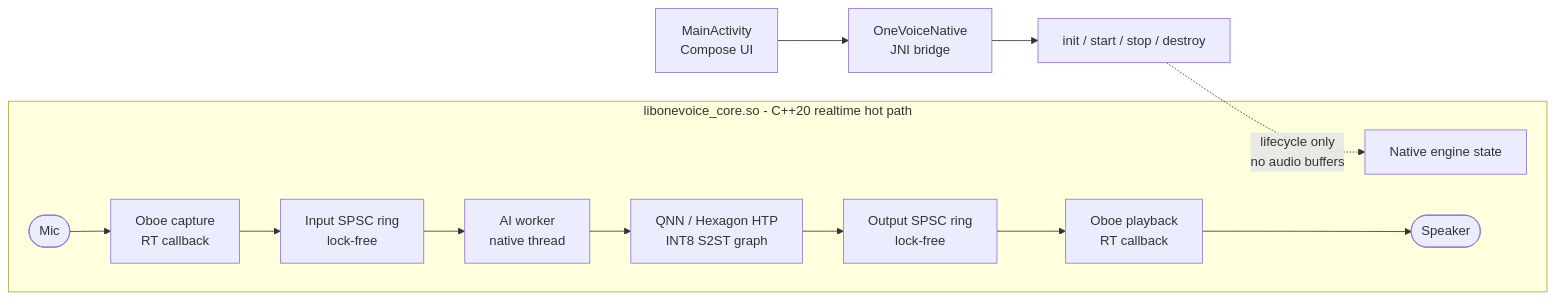
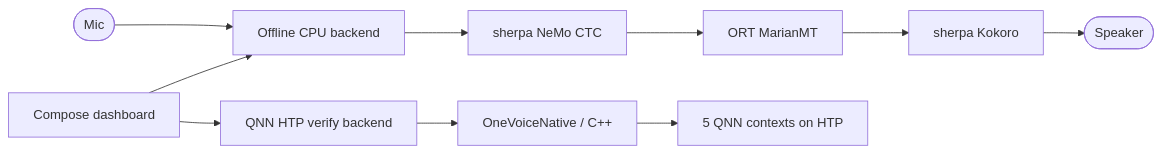
One commit to KhangPham205/onevoice-link-native changed the diagram in README.md. Above: the diagram before and after it, drawn with Mermaid. The commit also changed other lines of this file and 86 other files, not shown here.

````diff
--- a/README.md
+++ b/README.md
@@ -25,18 +23,8 @@
 ```mermaid
 flowchart LR
-  MainActivity["MainActivity<br/>Compose UI"] --> Bridge["OneVoiceNative<br/>JNI bridge"]
-  Bridge --> Lifecycle["init / start / stop / destroy"]
-
-  subgraph Core["libonevoice_core.so - C++20 realtime hot path"]
-    Engine["Native engine state"]
-    Mic([Mic]) --> Capture["Oboe capture<br/>RT callback"]
-    Capture --> InputRing["Input SPSC ring<br/>lock-free"]
-    InputRing --> Worker["AI worker<br/>native thread"]
-    Worker --> QNN["QNN / Hexagon HTP<br/>INT8 S2ST graph"]
-    QNN --> OutputRing["Output SPSC ring<br/>lock-free"]
-    OutputRing --> Playback["Oboe playback<br/>RT callback"]
-    Playback --> Speaker([Speaker])
-  end
-
-  Lifecycle -. "lifecycle only<br/>no audio buffers" .-> Engine
+  UI["Compose dashboard"] --> HF["Offline CPU backend"]
+  UI --> QNN["QNN HTP verify backend"]
+  Mic([Mic]) --> HF
+  HF --> ASR["sherpa NeMo CTC"] --> MT["ORT MarianMT"] --> TTS["sherpa Kokoro"] --> Speaker([Speaker])
+  QNN --> JNI["OneVoiceNative / C++"] --> HTP["5 QNN contexts on HTP"]
 ```
````
